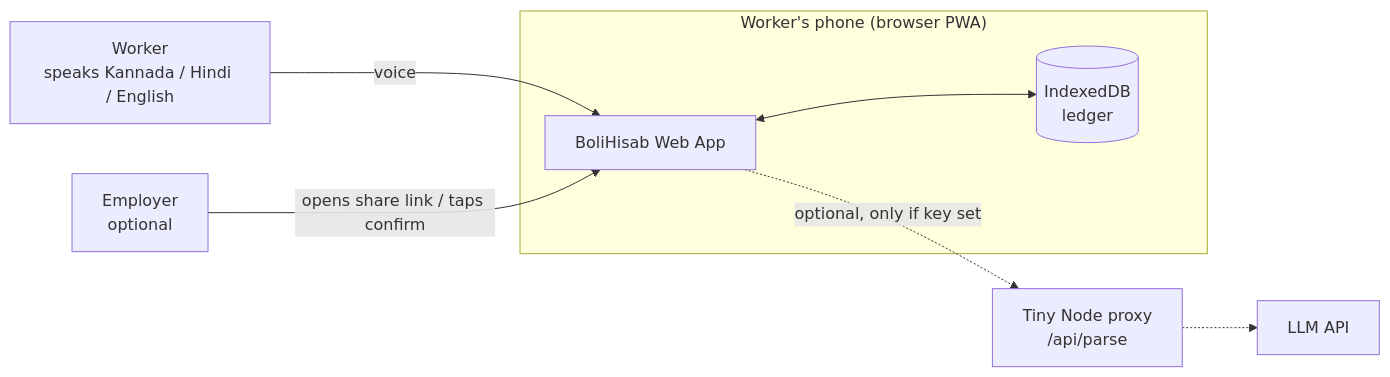
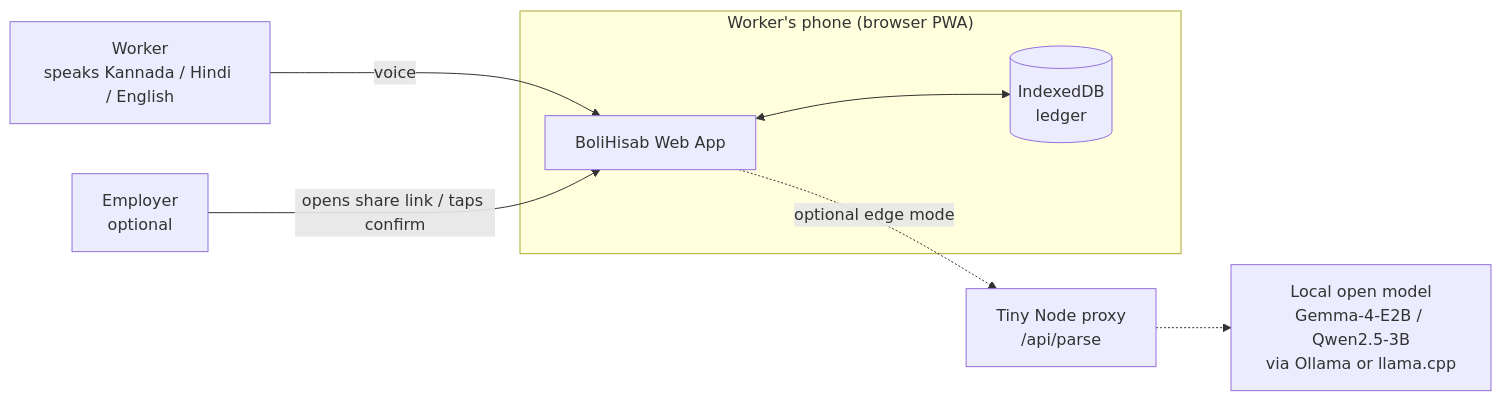
The first of 3 diagrams in docs/ARCHITECTURE.md (chethangowda-web/HiSab), drawn with Mermaid before and after one commit. The commit also changed other lines of this file and 2 other files, not shown here.

Commit message:
Docs: switch to local open-source LLM (Gemma-4-E2B, Qwen2.5-3B backup) with anti-hallucination rules

````diff
--- a/docs/ARCHITECTURE.md
+++ b/docs/ARCHITECTURE.md
@@ -5,12 +5,12 @@
 ```mermaid
 flowchart LR
     W[Worker<br/>speaks Kannada / Hindi / English] -->|voice| PWA
     E[Employer<br/>optional] -->|opens share link / taps confirm| PWA
     subgraph Device["Worker's phone (browser PWA)"]
       PWA[BoliHisab Web App]
       DB[(IndexedDB<br/>ledger)]
       PWA <--> DB
     end
-    PWA -.optional, only if key set.-> SRV[Tiny Node proxy<br/>/api/parse]
-    SRV -.-> LLM[LLM API]
+    PWA -.optional edge mode.-> SRV[Tiny Node proxy<br/>/api/parse]
+    SRV -.-> LLM[Local open model<br/>Gemma-4-E2B / Qwen2.5-3B<br/>via Ollama or llama.cpp]
 ```
````
